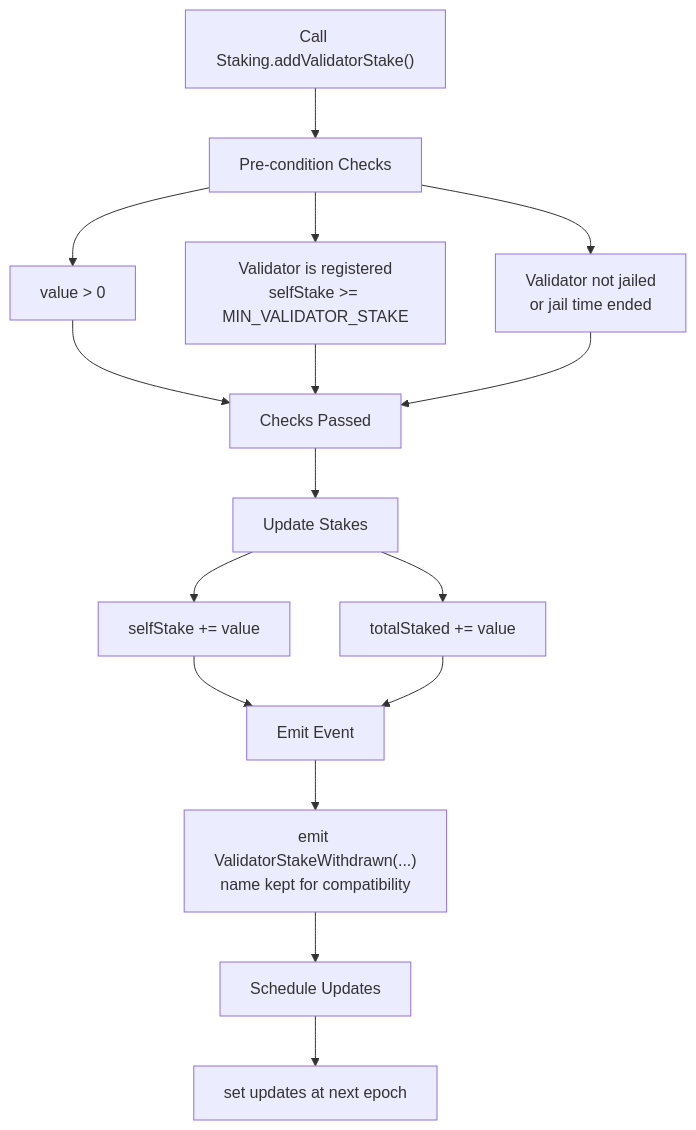
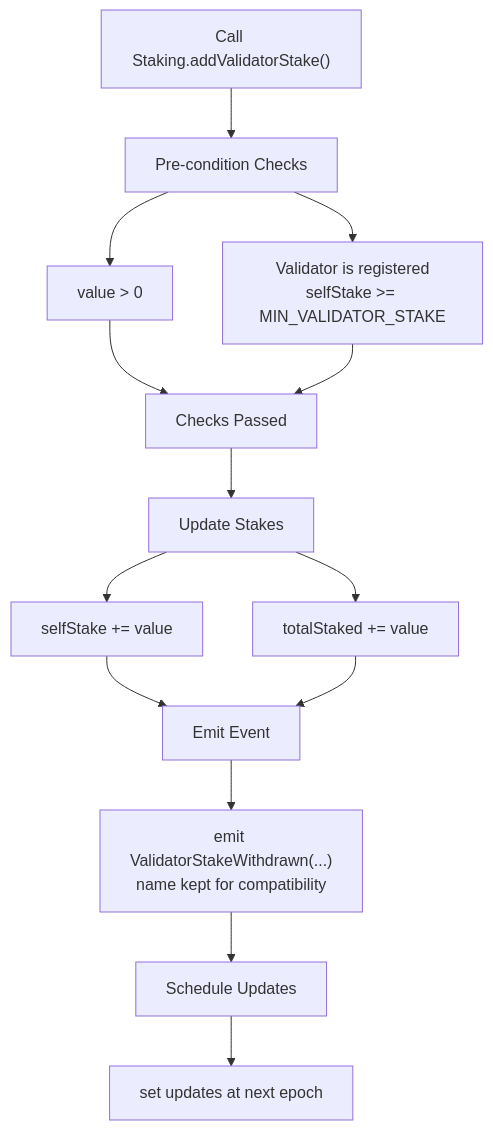
Before and after one commit to juchain-network/chain-contract: the fourth of 13 diagrams in docs/posa-tech-spec.md, drawn with Mermaid. The commit also changed other lines of this file and 8 other files, not shown here.

````diff
--- a/docs/posa-tech-spec.md
+++ b/docs/posa-tech-spec.md
@@ -682,24 +688,21 @@
 ```mermaid
 graph TD
     A[Call Staking.addValidatorStake#40;#41;] --> B[Pre-condition Checks]
     
     B --> B1[value #62; 0]
     B --> B2[Validator is registered<br/>selfStake #62;= MIN_VALIDATOR_STAKE]
-    B --> B3[Validator not jailed<br/>or jail time ended]
-    
     B1 --> C[Checks Passed]
     B2 --> C
-    B3 --> C
     
     C --> D[Update Stakes]
     D --> D1[selfStake += value]
     D --> D2[totalStaked += value]
     
     D1 --> E
     D2 --> E
     
     E[Emit Event] --> E1[emit ValidatorStakeWithdrawn#40;...#41;<br/>name kept for compatibility]
     
     E1 --> F[Schedule Updates]
     F --> F1[set updates at next epoch]
 ```
````
